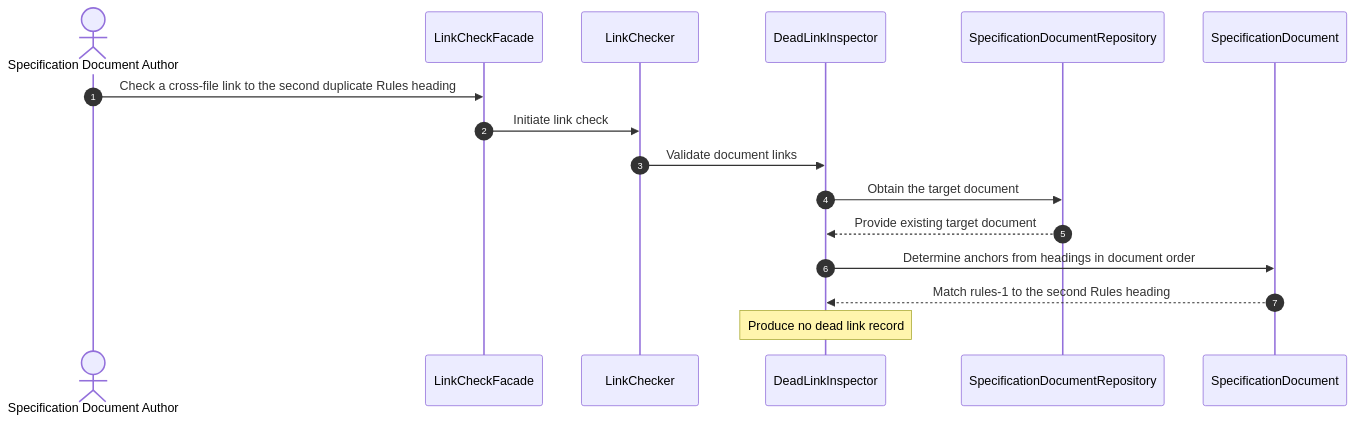
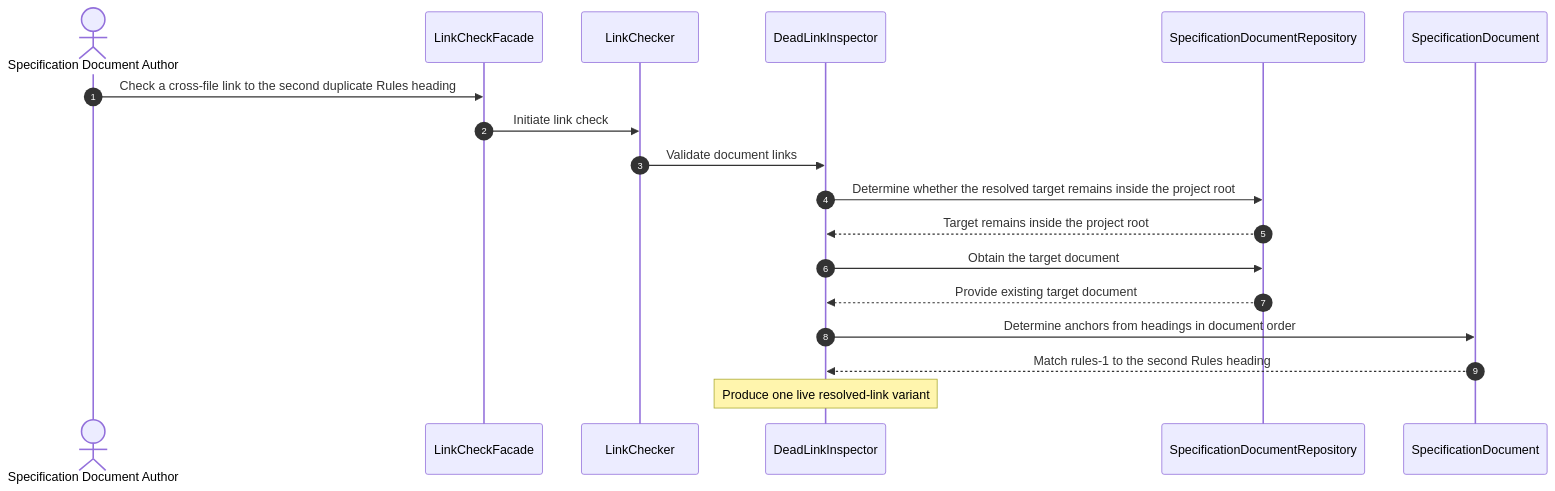
Before and after one commit to huang-xiao-jian/bluey: diagram 23 of 43 in specs/md-linkage/design.md, drawn with Mermaid. The commit also changed other lines of this file and 10 other files, not shown here.

Commit message:
docs(md-linkage): unify resolved link outcomes

````diff
--- a/specs/md-linkage/design.md
+++ b/specs/md-linkage/design.md
@@ -745,19 +800,21 @@
 ```mermaid
 sequenceDiagram
     autonumber
     actor Author as Specification Document Author
     participant Submission as LinkCheckFacade
     participant Check as LinkChecker
     participant Detection as DeadLinkInspector
     participant Access as SpecificationDocumentRepository
     participant Target as SpecificationDocument
 
     Author->>Submission: Check a cross-file link to the second duplicate Rules heading
     Submission->>Check: Initiate link check
     Check->>Detection: Validate document links
+    Detection->>Access: Determine whether the resolved target remains inside the project root
+    Access-->>Detection: Target remains inside the project root
     Detection->>Access: Obtain the target document
     Access-->>Detection: Provide existing target document
     Detection->>Target: Determine anchors from headings in document order
     Target-->>Detection: Match rules-1 to the second Rules heading
-    Note over Detection: Produce no dead link record
+    Note over Detection: Produce one live resolved-link variant
 ```
````
